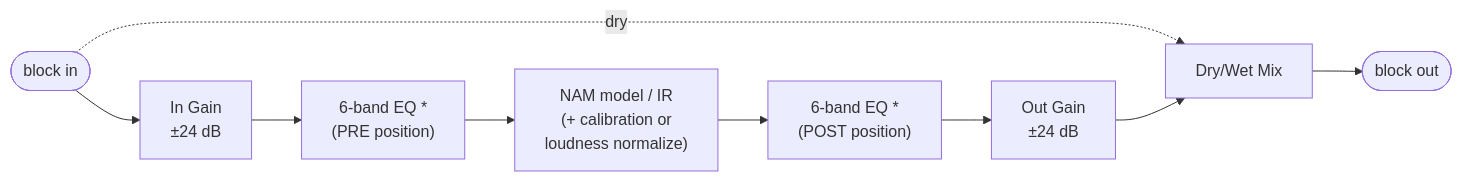
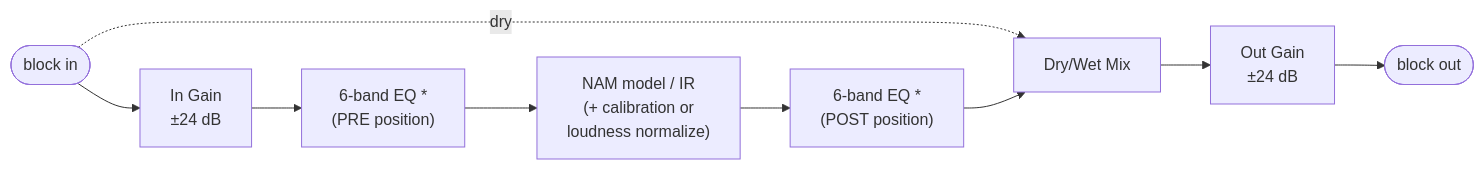
One commit to brunofgsaraiva/tone3000-plugin changed the second of 2 diagrams in README.md. Above: the diagram before and after it, drawn with Mermaid. The commit also changed other lines of this file and 5 other files, not shown here.

Commit message:
Keep the cab pad wet-only and glide Out Gain to unity at bypass

````diff
--- a/README.md
+++ b/README.md
@@ -267,11 +267,11 @@
 ```mermaid
 flowchart LR
     BIN([block in]) --> BIG["In Gain\n±24 dB"]
     BIN -. dry .-> MIX
     BIG --> PEQ["6-band EQ *\n(PRE position)"]
     PEQ --> MODEL["NAM model / IR\n(+ calibration or\nloudness normalize)"]
     MODEL --> BEQ["6-band EQ *\n(POST position)"]
-    BEQ --> BOG["Out Gain\n±24 dB"]
-    BOG --> MIX["Dry/Wet Mix"]
-    MIX --> BOUT([block out])
+    BEQ --> MIX["Dry/Wet Mix"]
+    MIX --> BOG["Out Gain\n±24 dB"]
+    BOG --> BOUT([block out])
 ```
````
